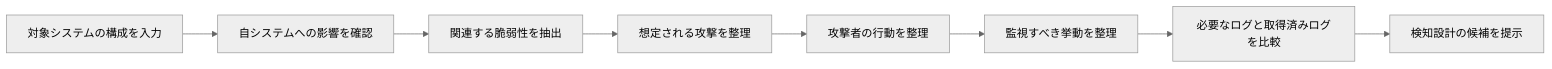
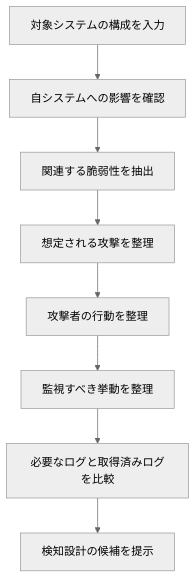
The first of 6 diagrams in docs/design.md (satokenn/threat-to-detection), drawn with Mermaid (neutral theme) before and after one commit. The commit also changed other lines of this file, not shown here.

Commit message:
ドキュメント: Mermaidの方向をTDに統一

````diff
--- a/docs/design.md
+++ b/docs/design.md
@@ -44,13 +44,13 @@
 ```mermaid
-flowchart LR
+flowchart TD
     A[対象システムの構成を入力]
     B[自システムへの影響を確認]
     C[関連する脆弱性を抽出]
     D[想定される攻撃を整理]
     E[攻撃者の行動を整理]
     F[監視すべき挙動を整理]
     G[必要なログと取得済みログを比較]
     H[検知設計の候補を提示]
 
     A --> B --> C --> D --> E --> F --> G --> H
 ```
````
